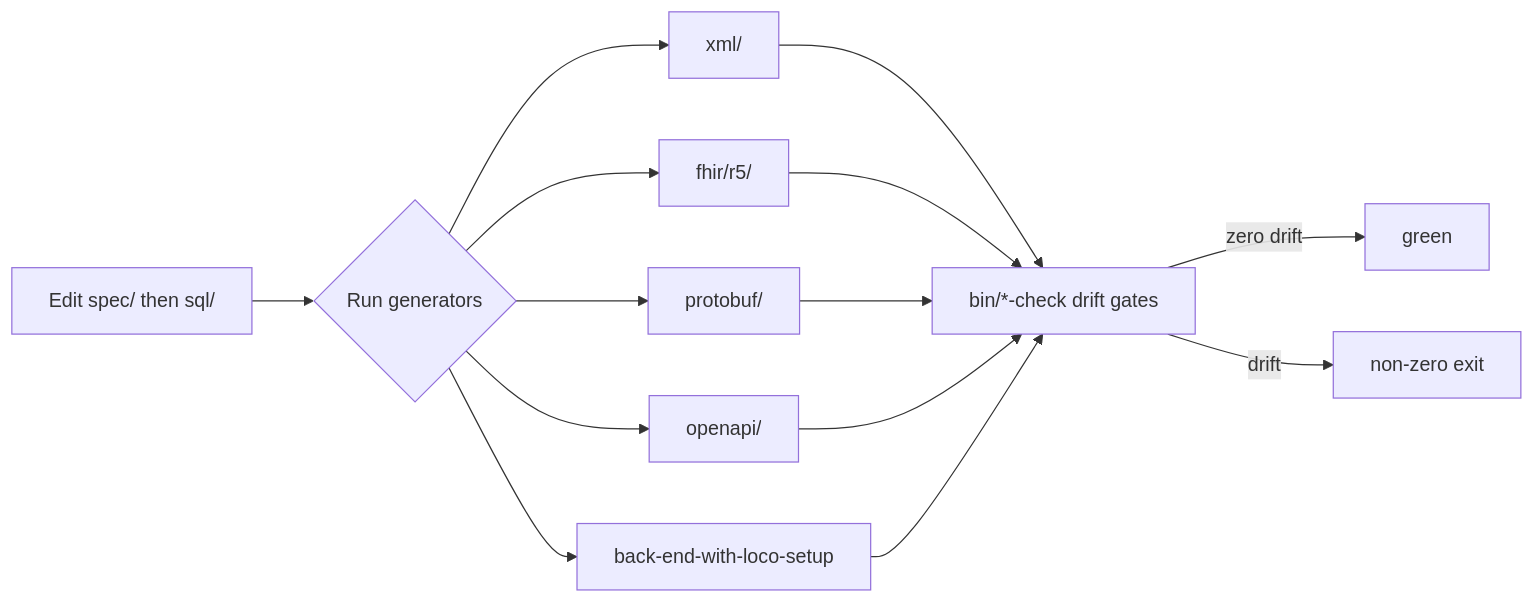
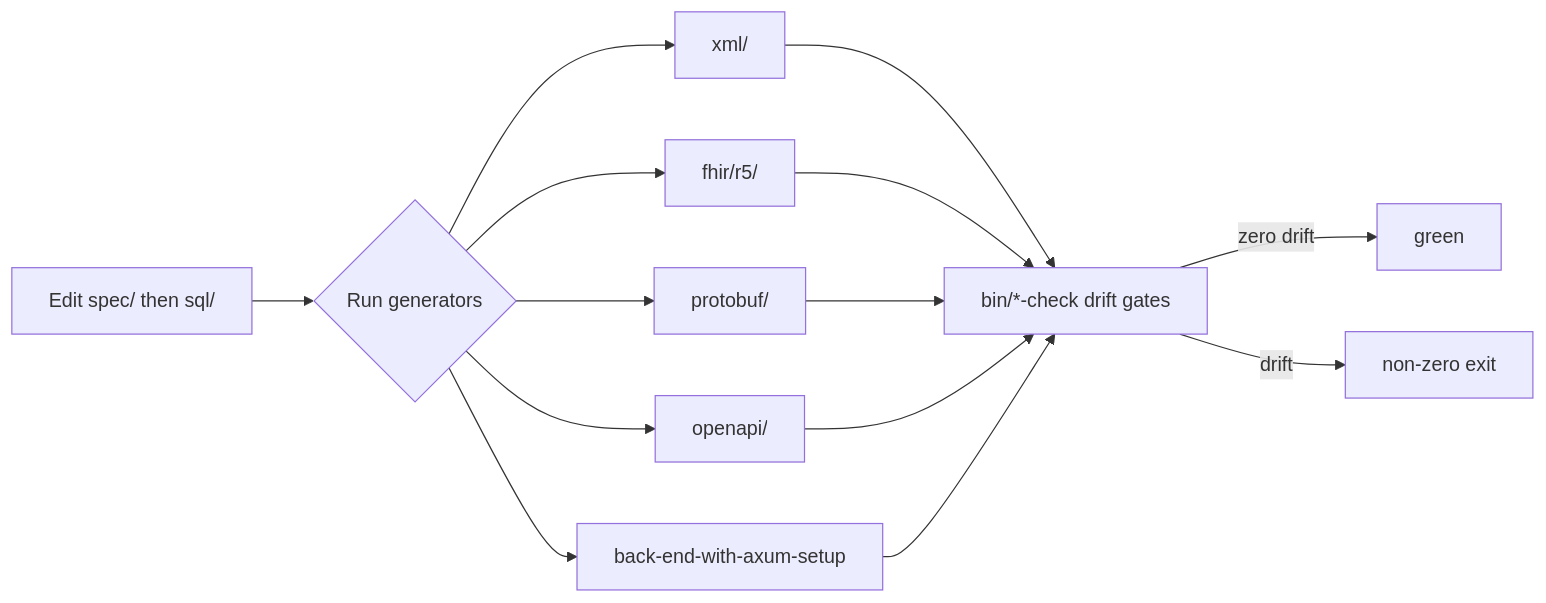
One commit to FormExamples/form-examples changed the third of 3 diagrams in arc42/06-runtime-view.md. Above: the diagram before and after it, drawn with Mermaid. The commit also changed other lines of this file and 68785 other files, not shown here.

First line of the commit message:
Replace the Loco back ends with Axum and axa

````diff
--- a/arc42/06-runtime-view.md
+++ b/arc42/06-runtime-view.md
@@ -80,12 +80,12 @@
 ```mermaid
 flowchart LR
   edit[Edit spec/ then sql/] --> gen{Run generators}
   gen --> xml[xml/]
   gen --> fhir[fhir/r5/]
   gen --> proto[protobuf/]
   gen --> oapi[openapi/]
-  gen --> loco[back-end-with-loco-setup]
+  gen --> loco[back-end-with-axum-setup]
   xml & fhir & proto & oapi & loco --> check[bin/*-check drift gates]
   check -->|zero drift| done[green]
   check -->|drift| fail[non-zero exit]
 ```
````
